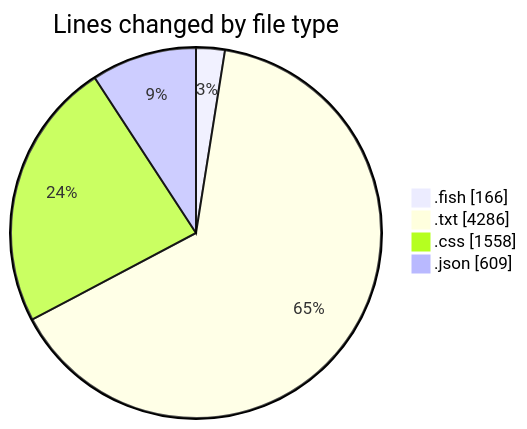
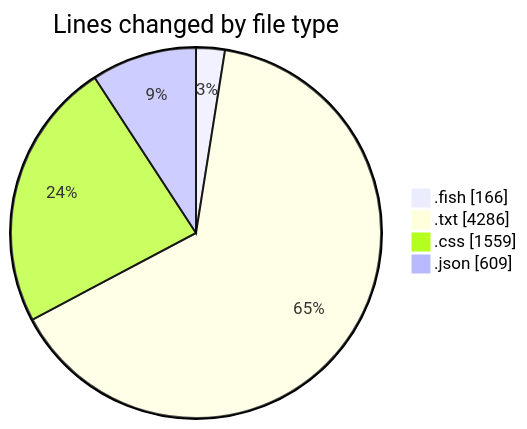
One commit to EIIisD/code-tracking changed the first of 2 diagrams in 2025-07-21/fish/README.md. Above: the diagram before and after it, drawn with Mermaid. The commit also changed other lines of this file and 1 other file, not shown here.

````diff
--- a/2025-07-21/fish/README.md
+++ b/2025-07-21/fish/README.md
@@ -24,8 +24,8 @@
 ```mermaid
 pie showData
 title Lines changed by file type
 ".fish" : 166
 ".txt" : 4286
-".css" : 1558
+".css" : 1559
 ".json" : 609
 ```
````
